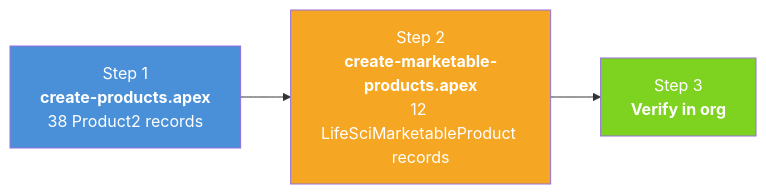
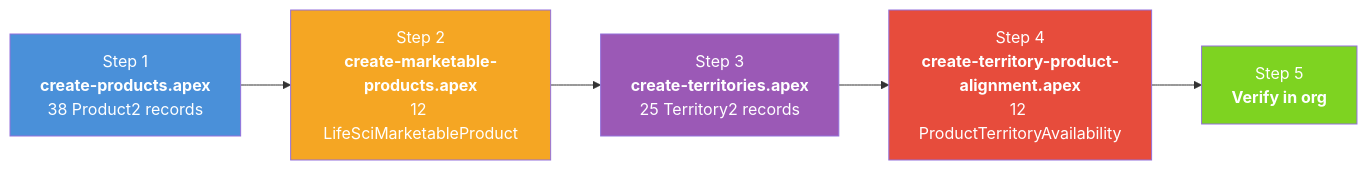
One commit to afls-ideas/Multi-Country-Brand-Setup changed the first of 5 diagrams in README-04-Data-Loading-Scripts.md. Above: the diagram before and after it, drawn with Mermaid. The commit also changed other lines of this file and 2 other files, not shown here.

First line of the commit message:
Update READMEs with territory and alignment documentation

````diff
--- a/README-04-Data-Loading-Scripts.md
+++ b/README-04-Data-Loading-Scripts.md
@@ -7,9 +7,13 @@
 ```mermaid
 flowchart LR
-    S1["Step 1<br/><b>create-products.apex</b><br/>38 Product2 records"] --> S2["Step 2<br/><b>create-marketable-products.apex</b><br/>12 LifeSciMarketableProduct records"]
-    S2 --> S3["Step 3<br/><b>Verify in org</b>"]
+    S1["Step 1<br/><b>create-products.apex</b><br/>38 Product2 records"] --> S2["Step 2<br/><b>create-marketable-products.apex</b><br/>12 LifeSciMarketableProduct"]
+    S2 --> S3["Step 3<br/><b>create-territories.apex</b><br/>25 Territory2 records"]
+    S3 --> S4["Step 4<br/><b>create-territory-product-alignment.apex</b><br/>12 ProductTerritoryAvailability"]
+    S4 --> S5["Step 5<br/><b>Verify in org</b>"]
 
     style S1 fill:#4a90d9,color:#fff
     style S2 fill:#f5a623,color:#fff
-    style S3 fill:#7ed321,color:#fff
+    style S3 fill:#9b59b6,color:#fff
+    style S4 fill:#e74c3c,color:#fff
+    style S5 fill:#7ed321,color:#fff
 ```
````
